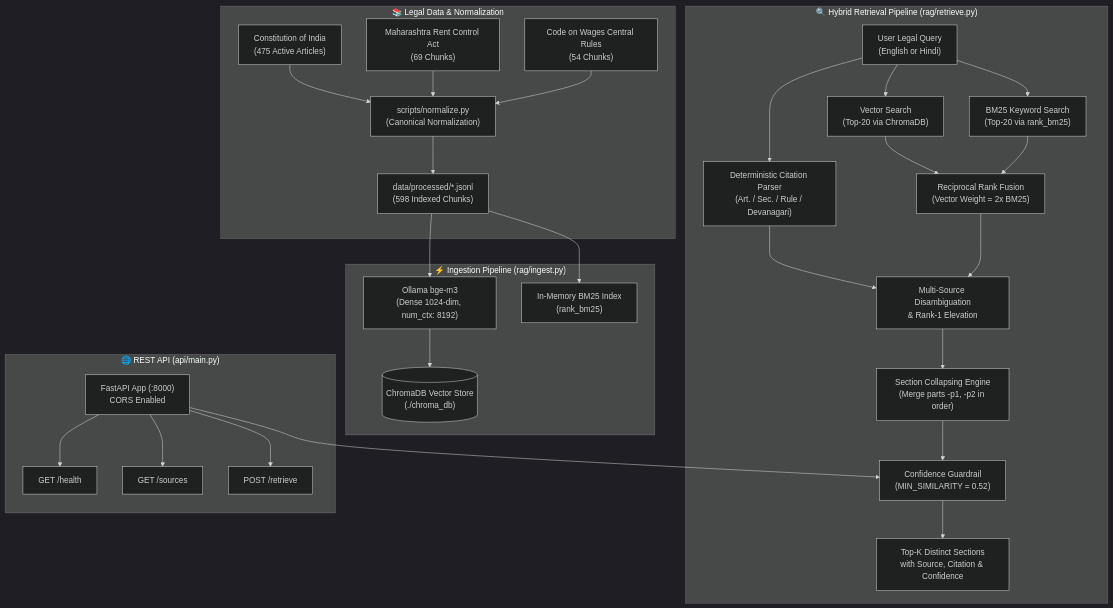
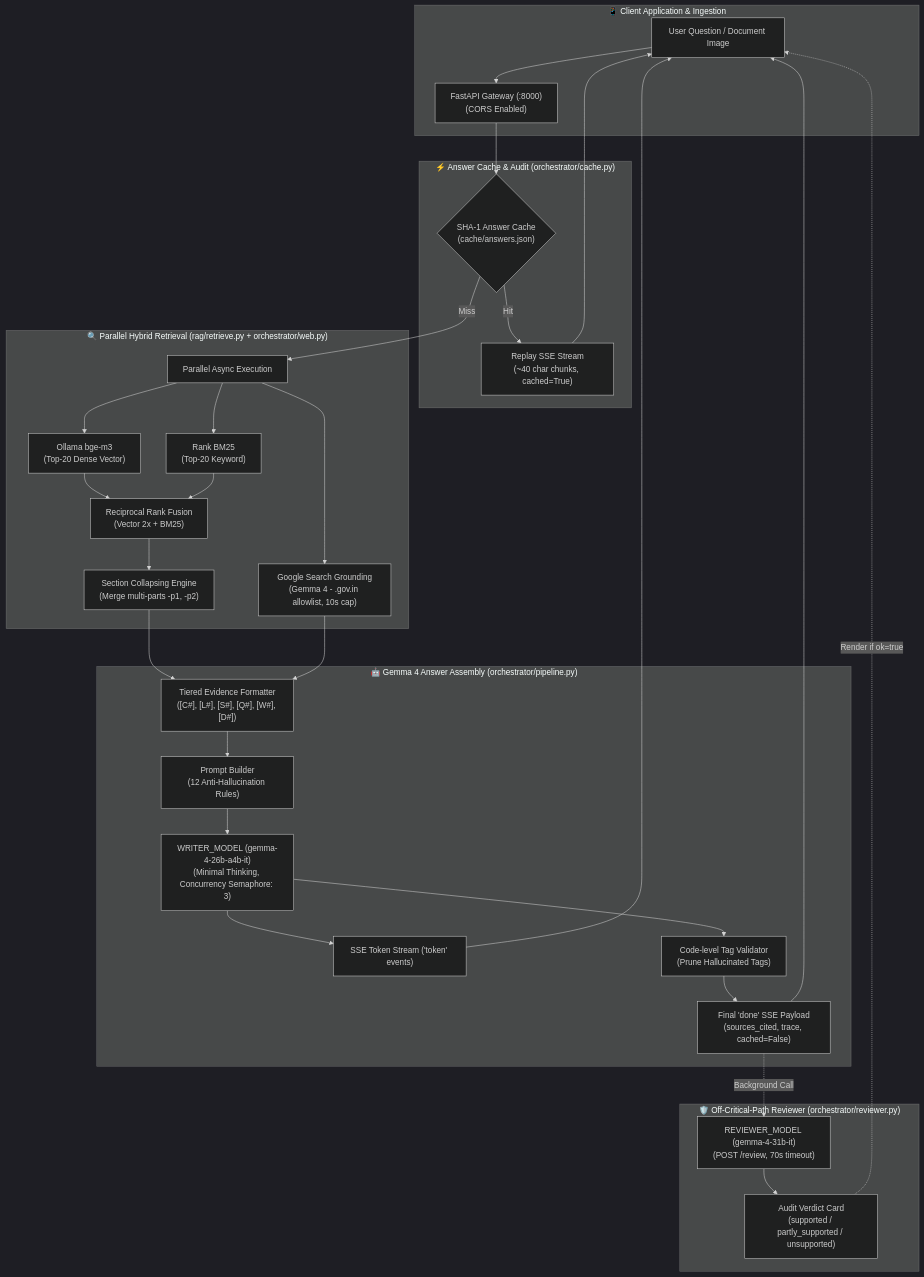
Before and after one commit to NotNirav/Legal-Lens: the diagram in README.md, drawn with Mermaid (dark theme). The commit also changed other lines of this file and 35 other files, not shown here.

Commit message:
feat: complete multimodal RAG orchestrator, live streaming frontend, and Vercel deployment preparation

````diff
--- a/README.md
+++ b/README.md
@@ -40,36 +42,41 @@
 ```mermaid
 flowchart TD
-    subgraph Data_Layer ["📚 Legal Data & Normalization"]
-        COI["Constitution of India\n(475 Active Articles)"] --> NORM["scripts/normalize.py\n(Canonical Normalization)"]
-        MRCA["Maharashtra Rent Control Act\n(69 Chunks)"] --> NORM
-        COW["Code on Wages Central Rules\n(54 Chunks)"] --> NORM
-        NORM --> PROC["data/processed/*.jsonl\n(598 Indexed Chunks)"]
+    subgraph Client_Layer ["📱 Client Application & Ingestion"]
+        USER["User Question / Document Image"] --> API_GATE["FastAPI Gateway (:8000)\n(CORS Enabled)"]
     end
 
-    subgraph Indexing ["⚡ Ingestion Pipeline (rag/ingest.py)"]
-        PROC --> EMB["Ollama bge-m3\n(Dense 1024-dim, num_ctx: 8192)"]
-        EMB --> CHROMA[("ChromaDB Vector Store\n(./chroma_db)")]
-        PROC --> BM25_IDX["In-Memory BM25 Index\n(rank_bm25)"]
+    subgraph Cache_Layer ["⚡ Answer Cache & Audit (orchestrator/cache.py)"]
+        API_GATE --> CACHE_CHK{"SHA-1 Answer Cache\n(cache/answers.json)"}
+        CACHE_CHK -- Hit --> REPLAY["Replay SSE Stream\n(~40 char chunks, cached=True)"]
+        REPLAY --> USER
     end
 
-    subgraph Query_Engine ["🔍 Hybrid Retrieval Pipeline (rag/retrieve.py)"]
-        USER_Q["User Legal Query\n(English or Hindi)"] --> V_SEARCH["Vector Search\n(Top-20 via ChromaDB)"]
-        USER_Q --> K_SEARCH["BM25 Keyword Search\n(Top-20 via rank_bm25)"]
-        USER_Q --> CITE_DET["Deterministic Citation Parser\n(Art. / Sec. / Rule / Devanagari)"]
+    subgraph Retrieval_Engine ["🔍 Parallel Hybrid Retrieval (rag/retrieve.py + orchestrator/web.py)"]
+        CACHE_CHK -- Miss --> PARALLEL["Parallel Async Execution"]
+        PARALLEL --> DENSE["Ollama bge-m3\n(Top-20 Dense Vector)"]
+        PARALLEL --> SPARSE["Rank BM25\n(Top-20 Keyword)"]
+        PARALLEL --> WEB_GRND["Google Search Grounding\n(Gemma 4 - .gov.in allowlist, 10s cap)"]
         
-        V_SEARCH --> RRF["Reciprocal Rank Fusion\n(Vector Weight = 2x BM25)"]
-        K_SEARCH --> RRF
-        CITE_DET --> DISAMB["Multi-Source Disambiguation\n& Rank-1 Elevation"]
-        RRF --> DISAMB
-        DISAMB --> COLLAPSE["Section Collapsing Engine\n(Merge parts -p1, -p2 in order)"]
-        COLLAPSE --> THRESH["Confidence Guardrail\n(MIN_SIMILARITY = 0.52)"]
-        THRESH --> OUT["Top-K Distinct Sections\nwith Source, Citation & Confidence"]
+        DENSE --> RRF["Reciprocal Rank Fusion\n(Vector 2x + BM25)"]
+        SPARSE --> RRF
+        RRF --> COLLAPSE["Section Collapsing Engine\n(Merge multi-parts -p1, -p2)"]
     end
 
-    subgraph API_Layer ["🌐 REST API (api/main.py)"]
-        FASTAPI["FastAPI App (:8000)\nCORS Enabled"] --> THRESH
-        FASTAPI --> H_CHECK["GET /health"]
-        FASTAPI --> S_LIST["GET /sources"]
-        FASTAPI --> RET_EP["POST /retrieve"]
+    subgraph Synthesis_Tier ["🤖 Gemma 4 Answer Assembly (orchestrator/pipeline.py)"]
+        COLLAPSE --> EVIDENCE["Tiered Evidence Formatter\n([C#], [L#], [S#], [Q#], [W#], [D#])"]
+        WEB_GRND --> EVIDENCE
+        EVIDENCE --> PROMPT["Prompt Builder\n(12 Anti-Hallucination Rules)"]
+        PROMPT --> WRITER["WRITER_MODEL (gemma-4-26b-a4b-it)\n(Minimal Thinking, Concurrency Semaphore: 3)"]
+        WRITER --> SSE_TOKENS["SSE Token Stream ('token' events)"]
+        SSE_TOKENS --> USER
+        WRITER --> PRUNER["Code-level Tag Validator\n(Prune Hallucinated Tags)"]
+        PRUNER --> FINAL_DONE["Final 'done' SSE Payload\n(sources_cited, trace, cached=False)"]
+        FINAL_DONE --> USER
+    end
+
+    subgraph Audit_Tier ["🛡️ Off-Critical-Path Reviewer (orchestrator/reviewer.py)"]
+        FINAL_DONE -. Background Call .-> REVIEWER["REVIEWER_MODEL (gemma-4-31b-it)\n(POST /review, 70s timeout)"]
+        REVIEWER --> VERDICT["Audit Verdict Card\n(supported / partly_supported / unsupported)"]
+        VERDICT -. Render if ok=true .-> USER
     end
 ```
````
